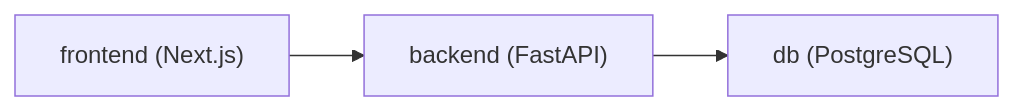
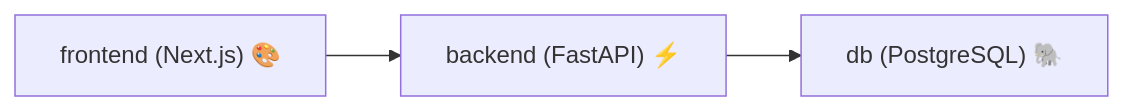
Before and after one commit to richardwaters9049/DockerScripts: the diagram in README.md, drawn with Mermaid. The commit also changed other lines of this file, not shown here.

````diff
--- a/README.md
+++ b/README.md
@@ -133,5 +125,5 @@
 ```mermaid
 flowchart LR
-  FE["frontend (Next.js)"] --> BE["backend (FastAPI)"]
-  BE --> DB["db (PostgreSQL)"]
+  FE["frontend (Next.js) 🎨"] --> BE["backend (FastAPI) ⚡"]
+  BE --> DB["db (PostgreSQL) 🐘"]
 ```
````
